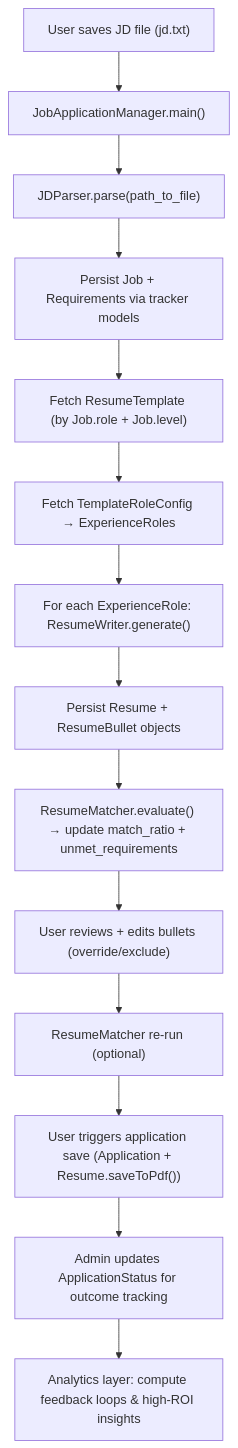
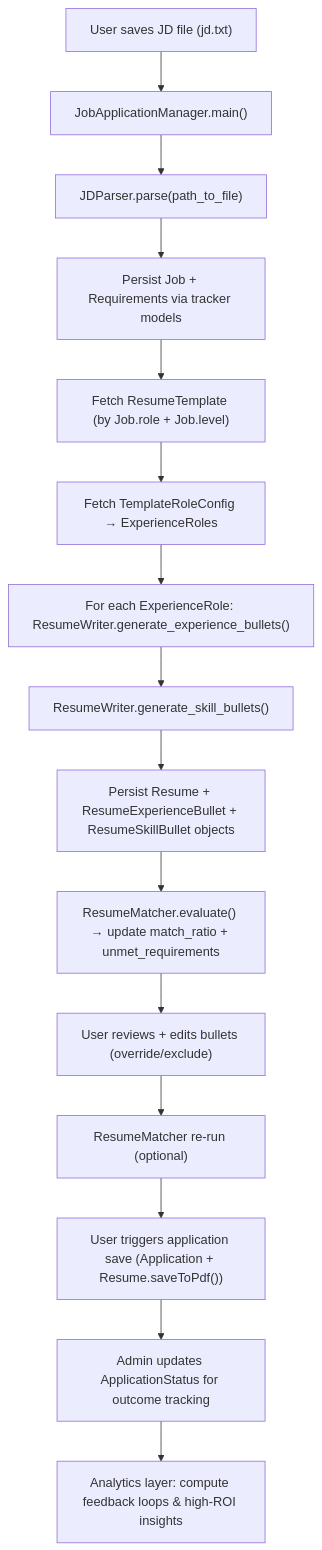
Before and after one commit to vhidrogo/job-search-automation: the diagram in docs/system_design.md, drawn with Mermaid. The commit also changed other lines of this file, not shown here.

Commit message:
docs: Incorporate ResumeSkillBullet

````diff
--- a/docs/system_design.md
+++ b/docs/system_design.md
@@ -279,16 +279,17 @@
 ```mermaid
 flowchart TD
     A["User saves JD file (jd.txt)"] --> B["JobApplicationManager.main()"]
     B --> C["JDParser.parse(path_to_file)"]
     C --> D["Persist Job + Requirements via tracker models"]
     D --> E["Fetch ResumeTemplate (by Job.role + Job.level)"]
     E --> F["Fetch TemplateRoleConfig → ExperienceRoles"]
-    F --> G["For each ExperienceRole: ResumeWriter.generate()"]
-    G --> H["Persist Resume + ResumeBullet objects"]
-    H --> I["ResumeMatcher.evaluate() → update match_ratio + unmet_requirements"]
-    I --> J["User reviews + edits bullets (override/exclude)"]
-    J --> K["ResumeMatcher re-run (optional)"]
-    K --> L["User triggers application save (Application + Resume.saveToPdf())"]
-    L --> M["Admin updates ApplicationStatus for outcome tracking"]
-    M --> N["Analytics layer: compute feedback loops & high-ROI insights"]
+    F --> G["For each ExperienceRole: ResumeWriter.generate_experience_bullets()"]
+    G --> H["ResumeWriter.generate_skill_bullets()"]
+    H --> I["Persist Resume + ResumeExperienceBullet + ResumeSkillBullet objects"]
+    I --> J["ResumeMatcher.evaluate() → update match_ratio + unmet_requirements"]
+    J --> K["User reviews + edits bullets (override/exclude)"]
+    K --> L["ResumeMatcher re-run (optional)"]
+    L --> M["User triggers application save (Application + Resume.saveToPdf())"]
+    M --> N["Admin updates ApplicationStatus for outcome tracking"]
+    N --> O["Analytics layer: compute feedback loops & high-ROI insights"]
 ```
````
